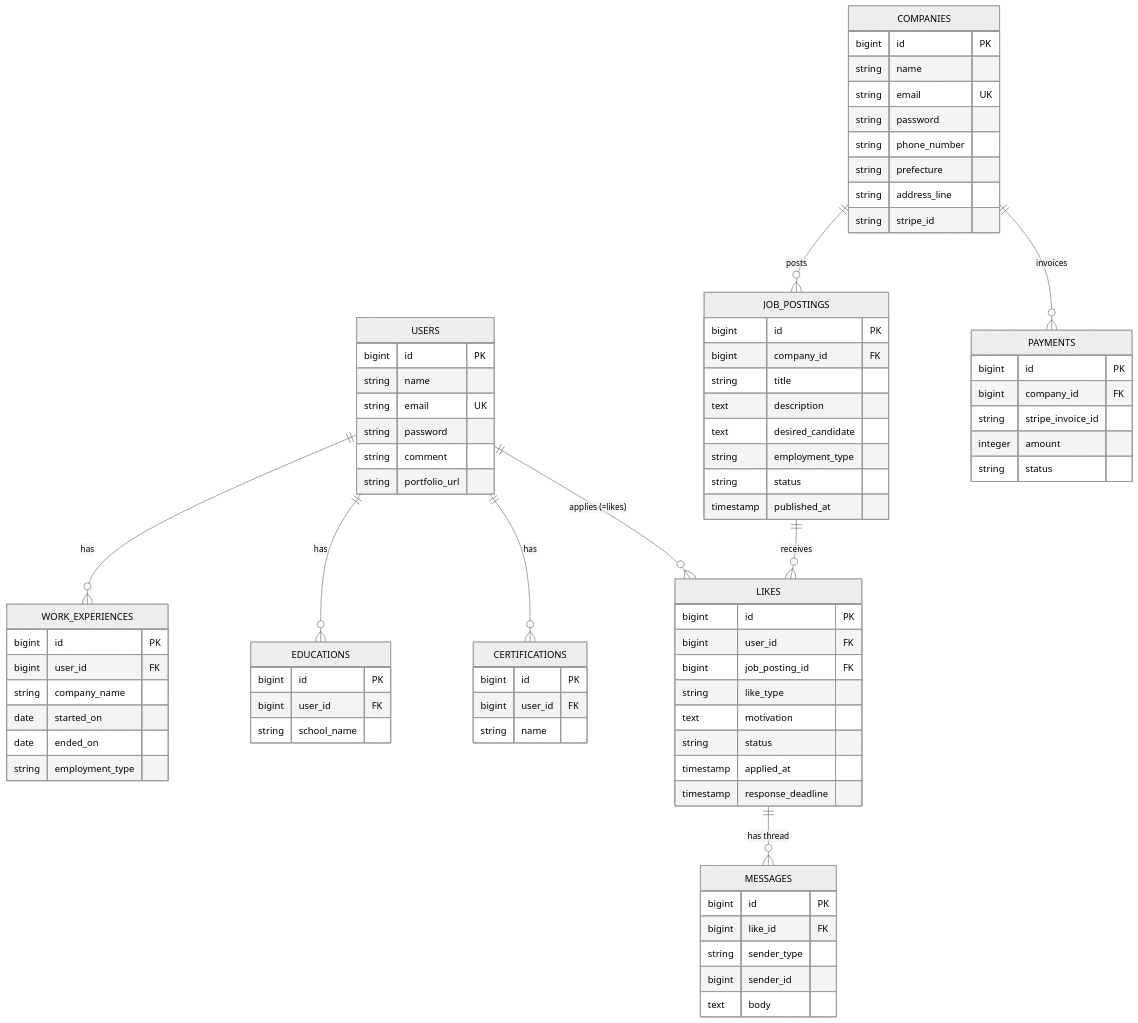
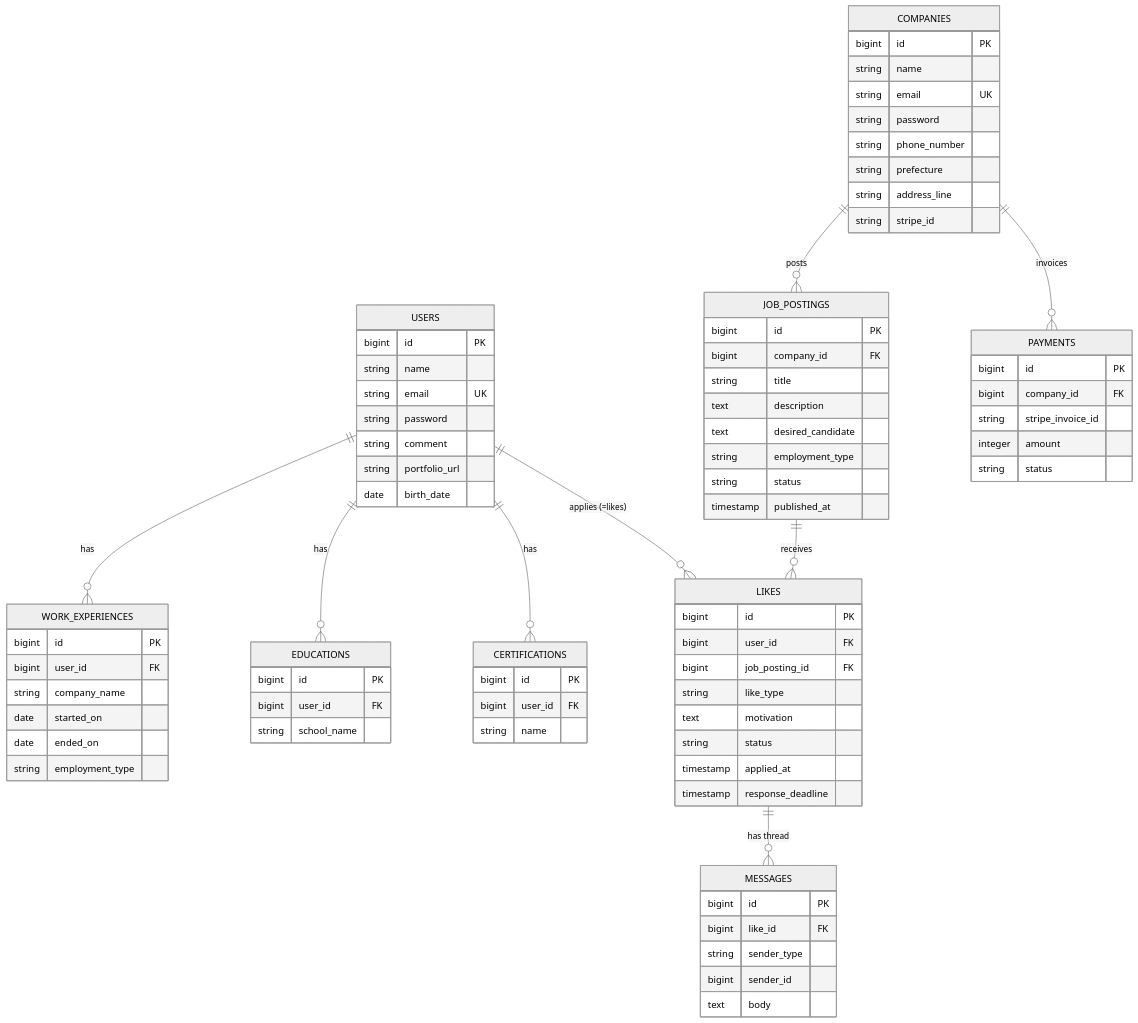
Before and after one commit to kabochan73/Match2: the diagram in DB_DESIGN.md, drawn with Mermaid (neutral theme). The commit also changed other lines of this file and 1 other file, not shown here.

First line of the commit message:
Document birth_date addition in DB design and requirements docs

```diff
--- a/DB_DESIGN.md
+++ b/DB_DESIGN.md
@@ -34,6 +34,7 @@
         string password
         string comment
         string portfolio_url
+        date birth_date
     }
     JOB_POSTINGS {
         bigint id PK
```
